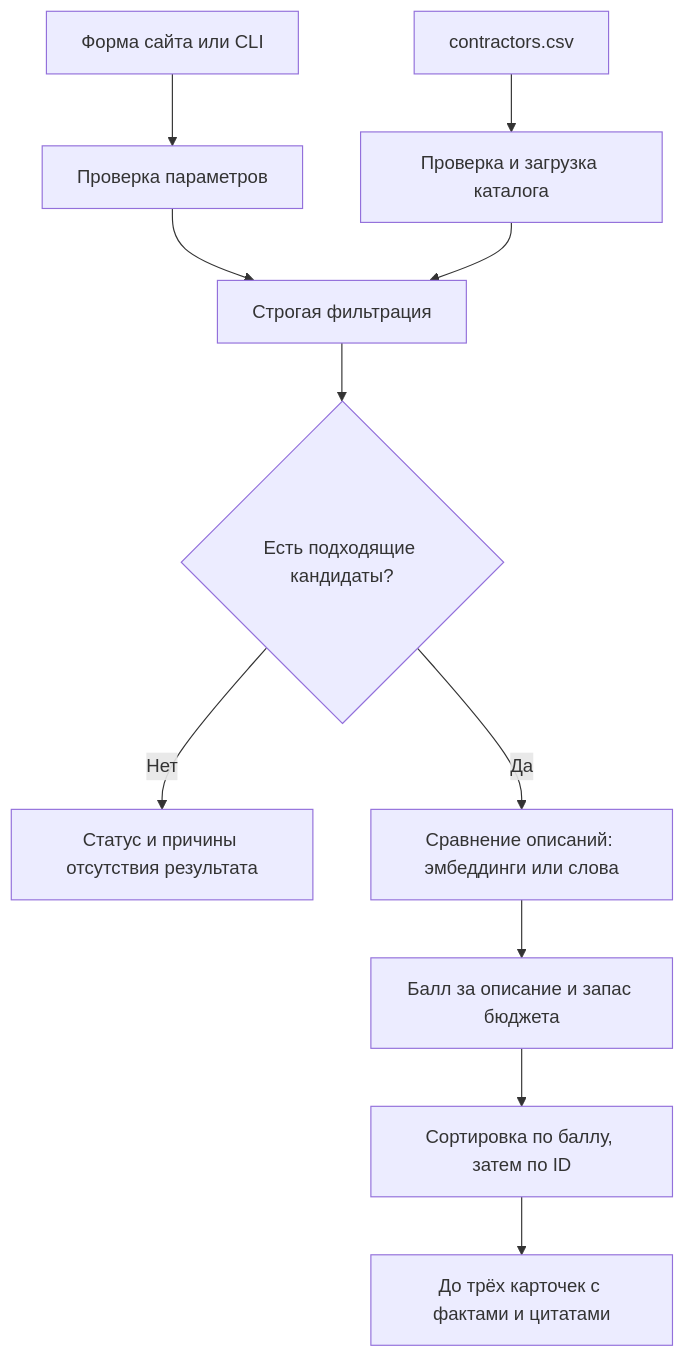
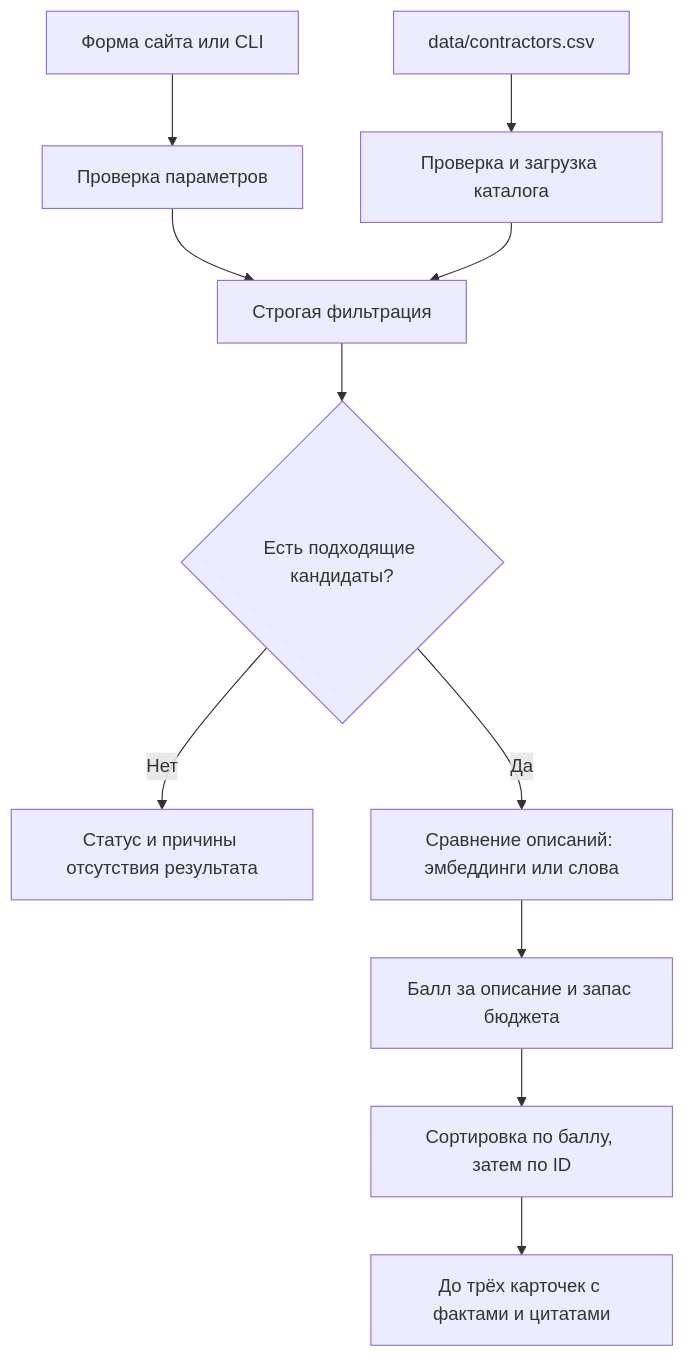
The diagram in README.md (BAITC-Hacks/hack-03a47d56-unsupervised), drawn with Mermaid before and after one commit. The commit also changed other lines of this file and 31 other files, not shown here.

````diff
--- a/README.md
+++ b/README.md
@@ -162,13 +166,13 @@
 ```mermaid
 flowchart TD
     A[Форма сайта или CLI] --> B[Проверка параметров]
-    C[contractors.csv] --> D[Проверка и загрузка каталога]
+    C[data/contractors.csv] --> D[Проверка и загрузка каталога]
     B --> E[Строгая фильтрация]
     D --> E
     E --> F{Есть подходящие кандидаты?}
     F -->|Нет| G[Статус и причины отсутствия результата]
     F -->|Да| H[Сравнение описаний: эмбеддинги или слова]
     H --> I[Балл за описание и запас бюджета]
     I --> J[Сортировка по баллу, затем по ID]
     J --> K[До трёх карточек с фактами и цитатами]
 ```
````
